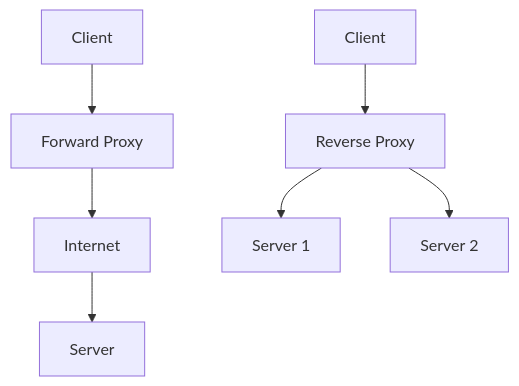
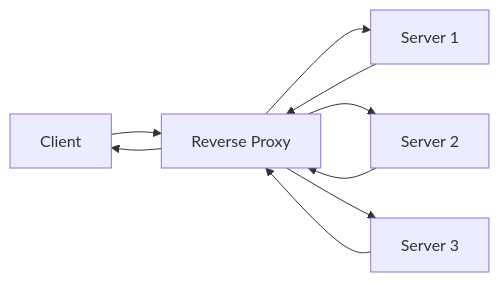
The second of 2 diagrams in proxy-forward-and-reverse/README.md (VrushankPatel/interview-matters), drawn with Mermaid before and after one commit. The commit also changed other lines of this file and 6 other files, not shown here.

Commit message:
kb: add/update topics multithreading-and-concurrency-in-java, devops-and-infrastructure-as-code, proxy-forward-and-reverse, load-balancing-and-strategies, rate-limiting

````diff
--- a/proxy-forward-and-reverse/README.md
+++ b/proxy-forward-and-reverse/README.md
@@ -49,10 +48,11 @@
 ```mermaid
-graph TD;
-    A[Client] --> B[Forward Proxy];
-    B --> C[Internet];
-    C --> D[Server];
-
-    E[Client] --> F[Reverse Proxy];
-    F --> G[Server 1];
-    F --> H[Server 2];
+graph LR
+    A[Client] --> B[Reverse Proxy]
+    B --> C[Server 1]
+    B --> D[Server 2]
+    B --> E[Server 3]
+    C --> B
+    D --> B
+    E --> B
+    B --> A
 ```
````
